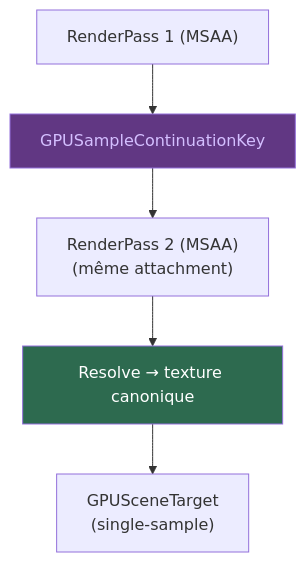
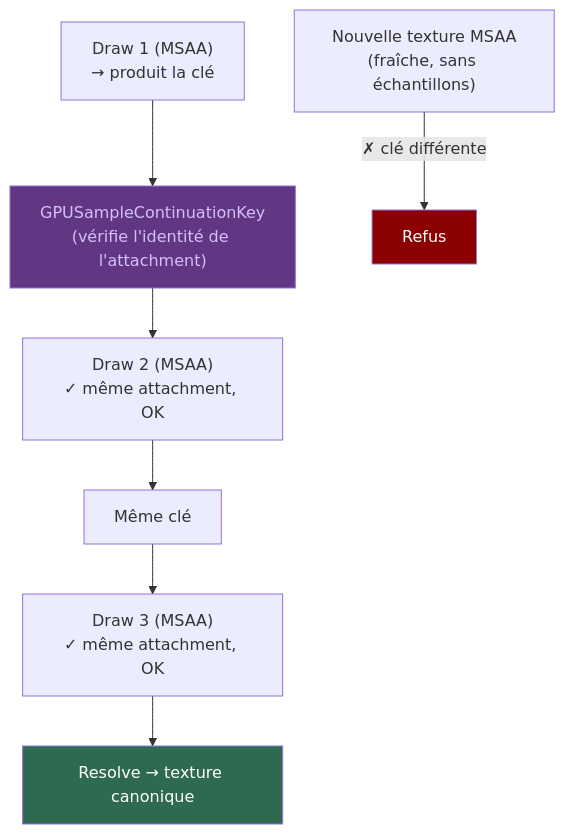
Before and after one commit to ygdrasil-io/kanvas: the diagram in docs/architecture/docs/pipeline/msaa.md, drawn with Mermaid. The commit also changed other lines of this file, not shown here.

Commit message:
docs: clarify MSAA continuation key with better diagram and explanation

````diff
--- a/docs/architecture/docs/pipeline/msaa.md
+++ b/docs/architecture/docs/pipeline/msaa.md
@@ -14,10 +21,14 @@
 ```mermaid
 flowchart TD
-    PASS1["RenderPass 1 (MSAA)"] --> KEY["GPUSampleContinuationKey"]
-    KEY --> PASS2["RenderPass 2 (MSAA)\n(même attachment)"]
-    PASS2 --> RESOLVE["Resolve → texture canonique"]
-    RESOLVE --> CANONICAL["GPUSceneTarget\n(single-sample)"]
+    DRAW1["Draw 1 (MSAA)\n→ produit la clé"] --> KEY["GPUSampleContinuationKey\n(vérifie l'identité de l'attachment)"]
+    KEY --> DRAW2["Draw 2 (MSAA)\n✓ même attachment, OK"]
+    DRAW2 --> KEY2["Même clé"]
+    KEY2 --> DRAW3["Draw 3 (MSAA)\n✓ même attachment, OK"]
+    DRAW3 --> RESOLVE["Resolve → texture canonique"]
+
+    FRESH["Nouvelle texture MSAA\n(fraîche, sans échantillons)"] -->|"✗ clé différente"| REFUSE["Refus"]
 
     style KEY fill:#613783,color:#d4bfff
+    style REFUSE fill:#8b0000,color:#fff
     style RESOLVE fill:#2d6a4f,color:#fff
 ```
````
